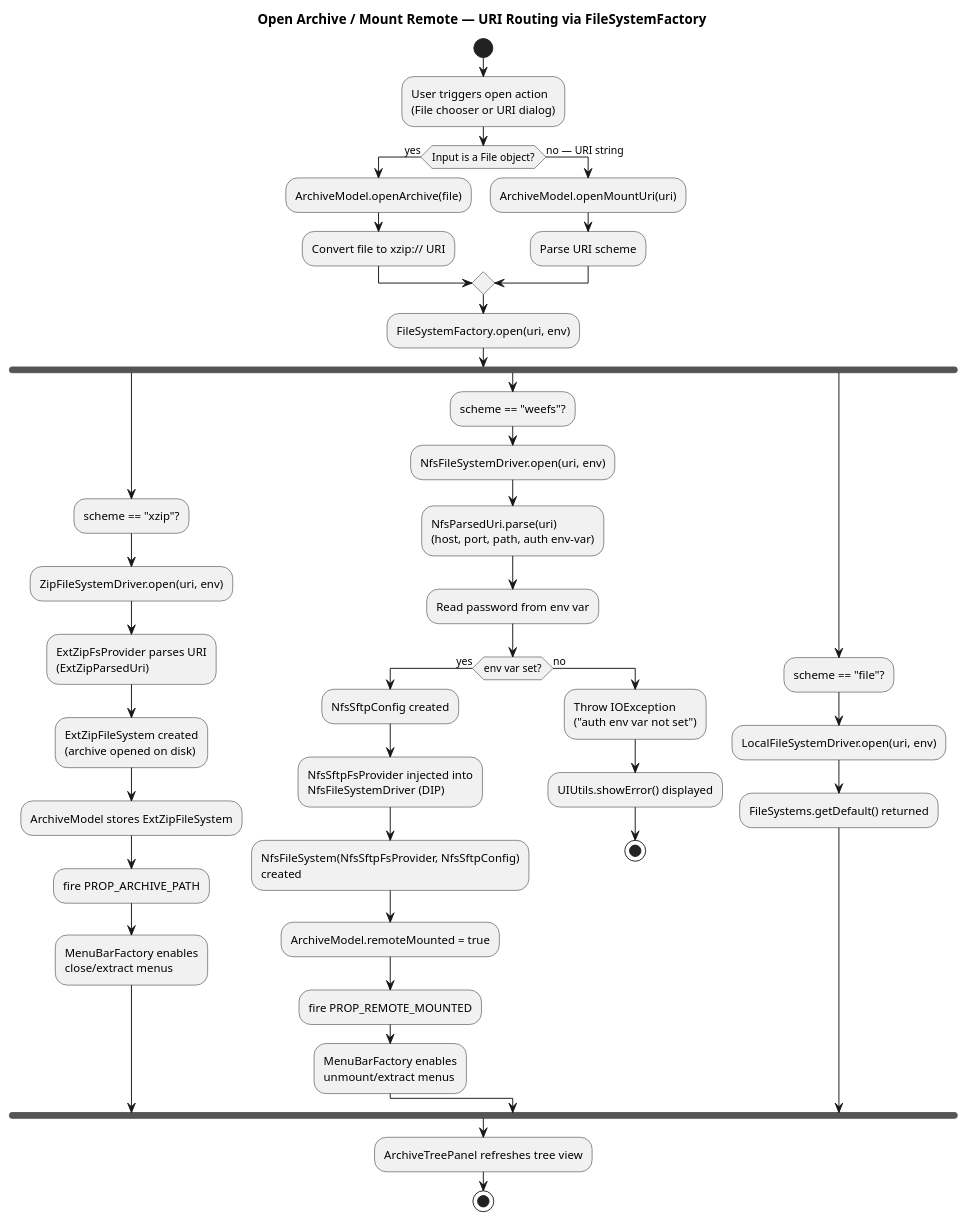
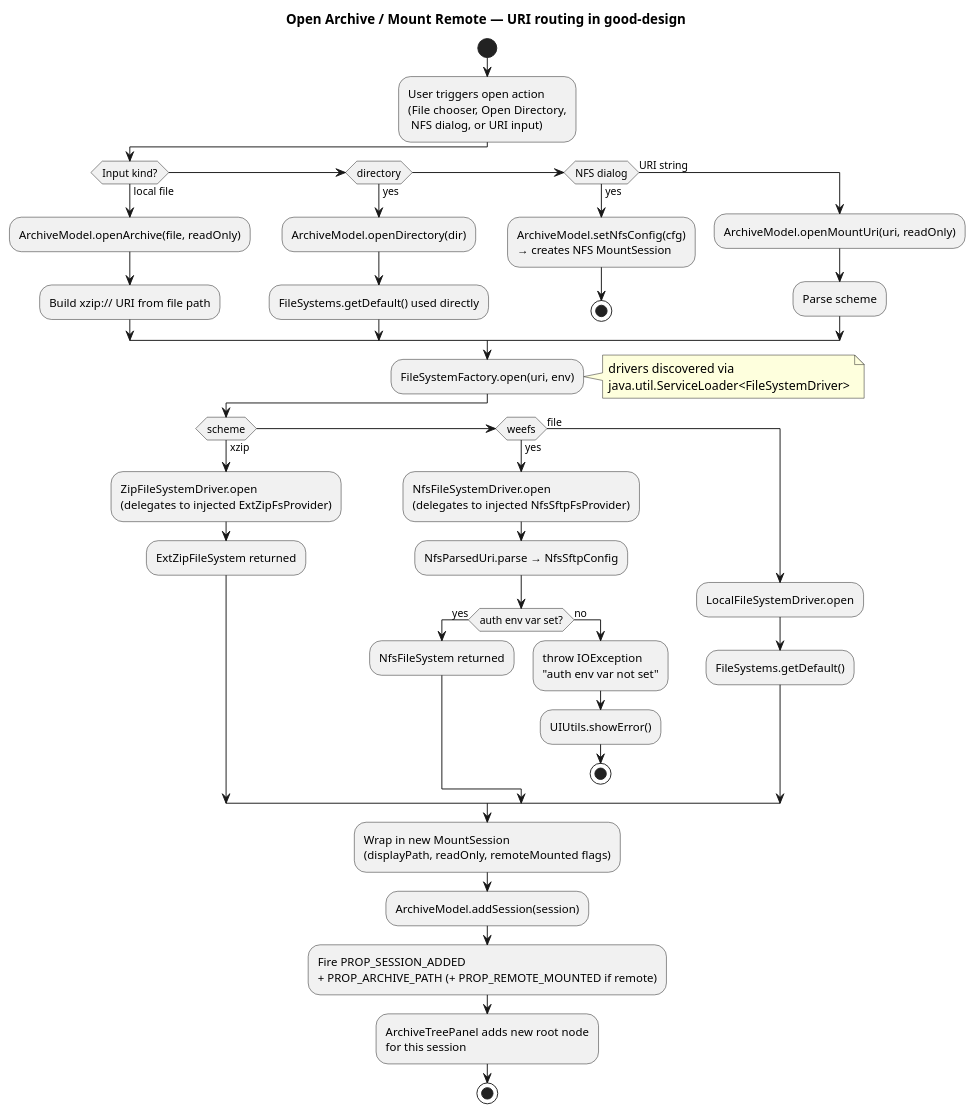
Before and after one commit to nikhilr612/weefs: the diagram in docs/activity-diagram-open-archive.puml, drawn with PlantUML. The commit also changed 11 other files, not shown here.

First line of the commit message:
Remake UML diagrams with proper fields, methods, and relationships

```diff
--- a/docs/activity-diagram-open-archive.puml
+++ b/docs/activity-diagram-open-archive.puml
@@ -1,53 +1,59 @@
-@startuml activity-diagram-open-archive
-title Open Archive / Mount Remote — URI Routing via FileSystemFactory
+@startuml
+title Open Archive / Mount Remote — URI routing in good-design
 
 start
 
 :User triggers open action
-(File chooser or URI dialog);
+(File chooser, Open Directory,
+ NFS dialog, or URI input);
 
-if (Input is a File object?) then (yes)
-    :ArchiveModel.openArchive(file);
-    :Convert file to xzip:// URI;
-else (no — URI string)
-    :ArchiveModel.openMountUri(uri);
-    :Parse URI scheme;
+if (Input kind?) then (local file)
+  :ArchiveModel.openArchive(file, readOnly);
+  :Build xzip:// URI from file path;
+else if (directory) then (yes)
+  :ArchiveModel.openDirectory(dir);
+  :FileSystems.getDefault() used directly;
+else if (NFS dialog) then (yes)
+  :ArchiveModel.setNfsConfig(cfg)
+  → creates NFS MountSession;
+  stop
+else (URI string)
+  :ArchiveModel.openMountUri(uri, readOnly);
+  :Parse scheme;
 endif
 
 :FileSystemFactory.open(uri, env);
+note right: drivers discovered via\njava.util.ServiceLoader<FileSystemDriver>
 
-fork
-    :scheme == "xzip"?;
-    :ZipFileSystemDriver.open(uri, env);
-    :ExtZipFsProvider parses URI\n(ExtZipParsedUri);
-    :ExtZipFileSystem created\n(archive opened on disk);
-    :ArchiveModel stores ExtZipFileSystem;
-    :fire PROP_ARCHIVE_PATH;
-    :MenuBarFactory enables\nclose/extract menus;
-fork again
-    :scheme == "weefs"?;
-    :NfsFileSystemDriver.open(uri, env);
-    :NfsParsedUri.parse(uri)\n(host, port, path, auth env-var);
-    :Read password from env var;
-    if (env var set?) then (yes)
-        :NfsSftpConfig created;
-        :NfsSftpFsProvider injected into\nNfsFileSystemDriver (DIP);
-        :NfsFileSystem(NfsSftpFsProvider, NfsSftpConfig)\ncreated;
-        :ArchiveModel.remoteMounted = true;
-        :fire PROP_REMOTE_MOUNTED;
-        :MenuBarFactory enables\nunmount/extract menus;
-    else (no)
-        :Throw IOException\n("auth env var not set");
-        :UIUtils.showError() displayed;
-        stop
-    endif
-fork again
-    :scheme == "file"?;
-    :LocalFileSystemDriver.open(uri, env);
-    :FileSystems.getDefault() returned;
-end fork
+if (scheme) then (xzip)
+  :ZipFileSystemDriver.open
+  (delegates to injected ExtZipFsProvider);
+  :ExtZipFileSystem returned;
+else if (weefs) then (yes)
+  :NfsFileSystemDriver.open
+  (delegates to injected NfsSftpFsProvider);
+  :NfsParsedUri.parse → NfsSftpConfig;
+  if (auth env var set?) then (yes)
+    :NfsFileSystem returned;
+  else (no)
+    :throw IOException
+    "auth env var not set";
+    :UIUtils.showError();
+    stop
+  endif
+else (file)
+  :LocalFileSystemDriver.open;
+  :FileSystems.getDefault();
+endif
 
-:ArchiveTreePanel refreshes tree view;
+:Wrap in new MountSession
+(displayPath, readOnly, remoteMounted flags);
+:ArchiveModel.addSession(session);
+:Fire PROP_SESSION_ADDED
++ PROP_ARCHIVE_PATH (+ PROP_REMOTE_MOUNTED if remote);
+
+:ArchiveTreePanel adds new root node
+for this session;
 
 stop
 @enduml
```
